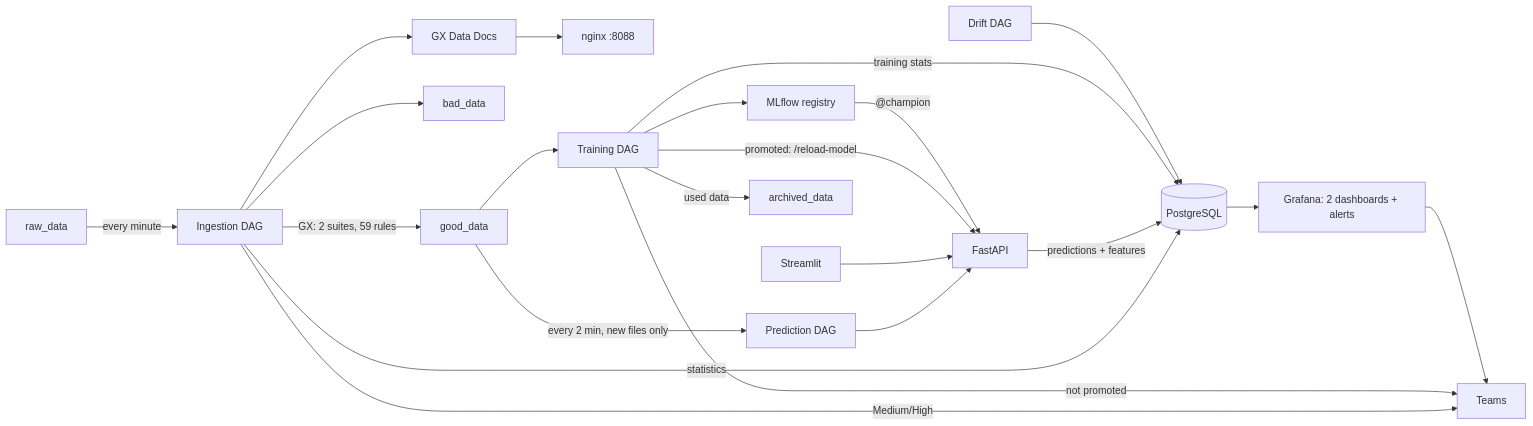
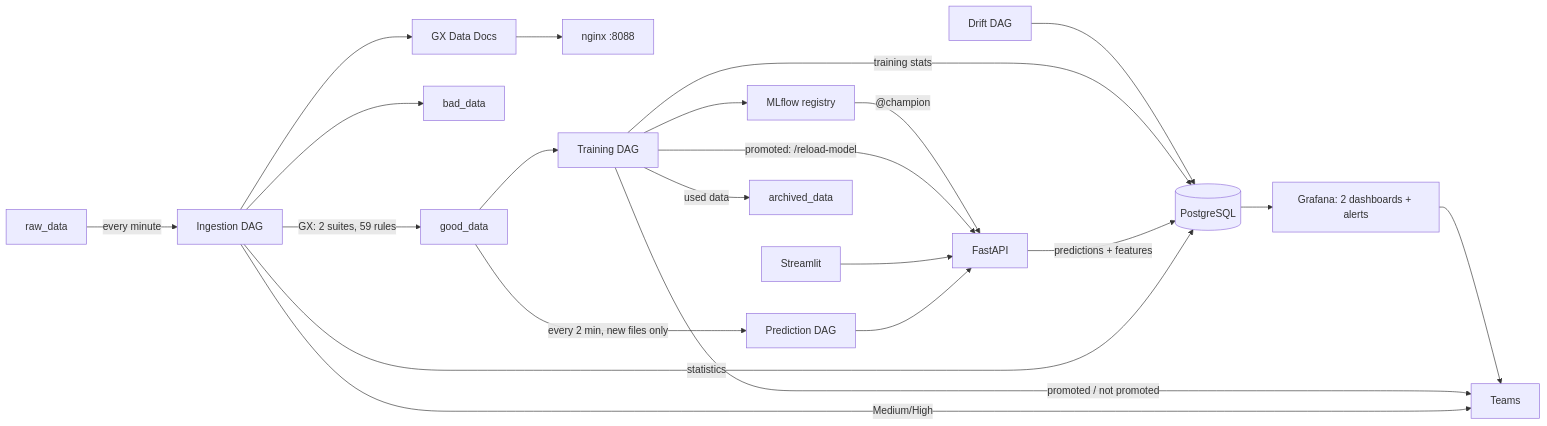
The diagram in README.md (SomithaG08/dsp-athlete-recovery), drawn with Mermaid before and after one commit. The commit also changed other lines of this file and 2 other files, not shown here.

````diff
--- a/README.md
+++ b/README.md
@@ -36,20 +36,20 @@
 ```mermaid
 flowchart LR
   RAW[raw_data] -->|"every minute"| ING[Ingestion DAG]
   ING -->|"GX: 2 suites, 59 rules"| GOOD[good_data]
   ING --> BAD[bad_data]
   ING -->|statistics| DB[(PostgreSQL)]
   ING -->|"Medium/High"| TEAMS[Teams]
   ING --> DOCS[GX Data Docs] --> NGINX[nginx :8088]
   GOOD -->|"every 2 min, new files only"| PRED[Prediction DAG] --> API[FastAPI]
   UI[Streamlit] --> API
   API -->|predictions + features| DB
   GOOD --> TRAIN[Training DAG] --> MLF[MLflow registry]
   TRAIN -->|training stats| DB
-  TRAIN -->|not promoted| TEAMS
+  TRAIN -->|"promoted / not promoted"| TEAMS
   TRAIN -->|"promoted: /reload-model"| API
   TRAIN -->|used data| ARCH[archived_data]
   MLF -->|"@champion"| API
   DRIFT[Drift DAG] --> DB
   DB --> GRAF[Grafana: 2 dashboards + alerts] --> TEAMS
 ```
````
